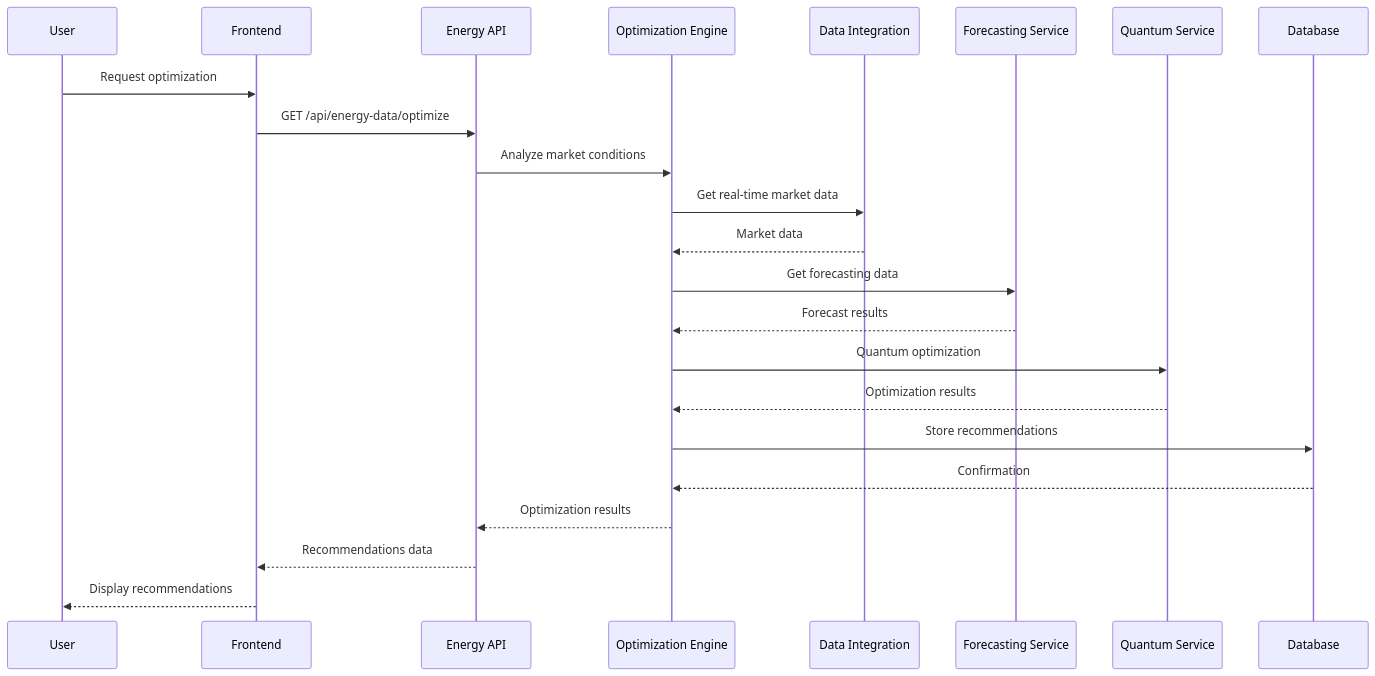
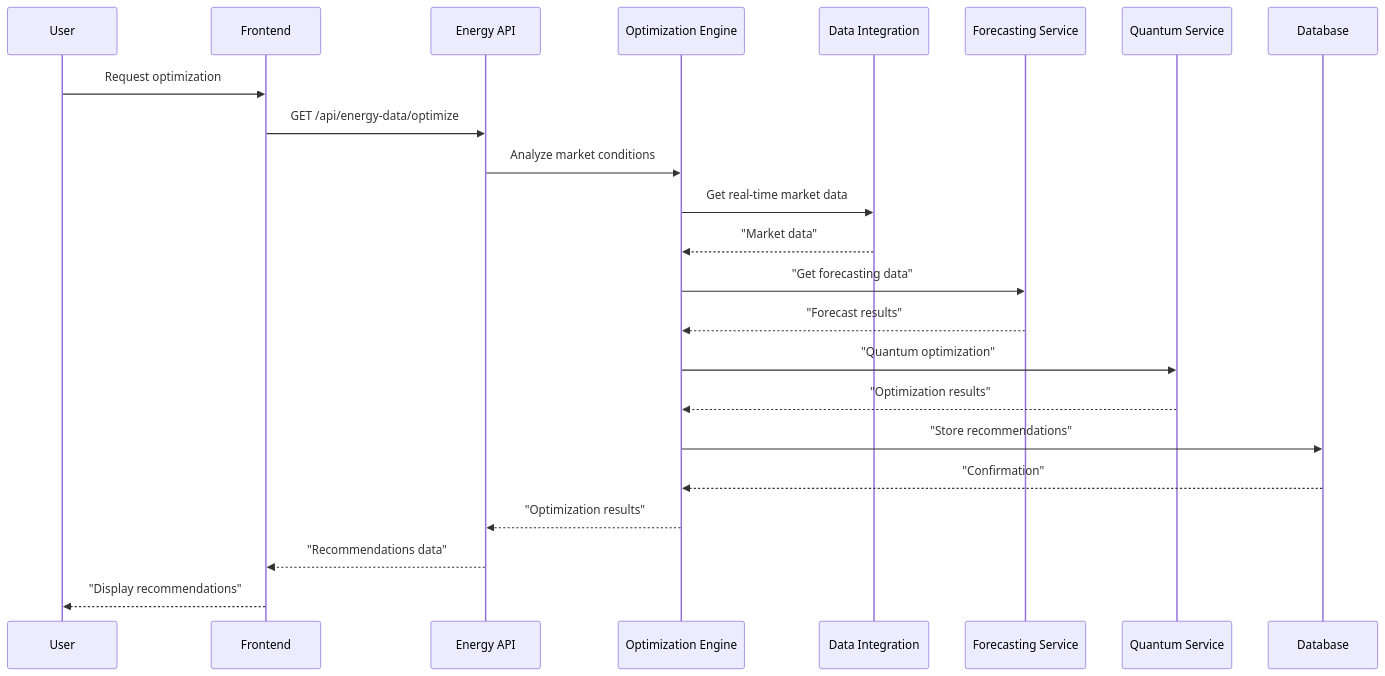
One commit to akramahmed1/QuantaEnergi changed the second of 8 diagrams in docs/architecture/sequence-diagrams.md. Above: the diagram before and after it, drawn with Mermaid. The commit also changed other lines of this file and 6 other files, not shown here.

Commit message:
mermaid fixes compatibility

````diff
--- a/docs/architecture/sequence-diagrams.md
+++ b/docs/architecture/sequence-diagrams.md
@@ -30,26 +30,26 @@
 ```mermaid
 sequenceDiagram
     participant U as User
     participant F as Frontend
     participant API as Energy API
     participant OE as Optimization Engine
     participant DI as Data Integration
     participant FS as Forecasting Service
     participant QS as Quantum Service
     participant DB as Database
 
     U->>F: Request optimization
     F->>API: GET /api/energy-data/optimize
     API->>OE: Analyze market conditions
     OE->>DI: Get real-time market data
-    DI-->>OE: Market data
-    OE->>FS: Get forecasting data
-    FS-->>OE: Forecast results
-    OE->>QS: Quantum optimization
-    QS-->>OE: Optimization results
-    OE->>DB: Store recommendations
-    DB-->>OE: Confirmation
-    OE-->>API: Optimization results
-    API-->>F: Recommendations data
-    F-->>U: Display recommendations
+    DI-->>OE: "Market data"
+    OE->>FS: "Get forecasting data"
+    FS-->>OE: "Forecast results"
+    OE->>QS: "Quantum optimization"
+    QS-->>OE: "Optimization results"
+    OE->>DB: "Store recommendations"
+    DB-->>OE: "Confirmation"
+    OE-->>API: "Optimization results"
+    API-->>F: "Recommendations data"
+    F-->>U: "Display recommendations"
 ```
````
